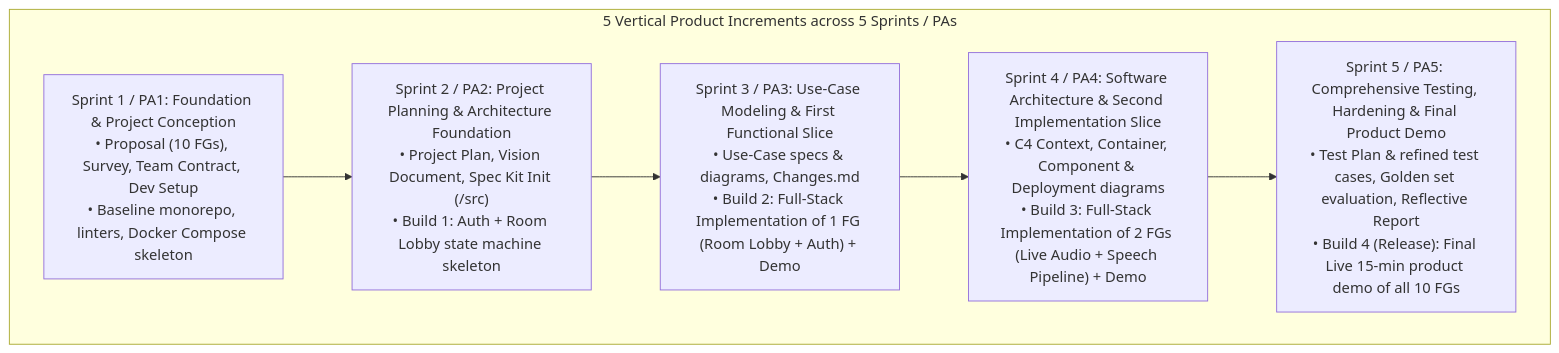
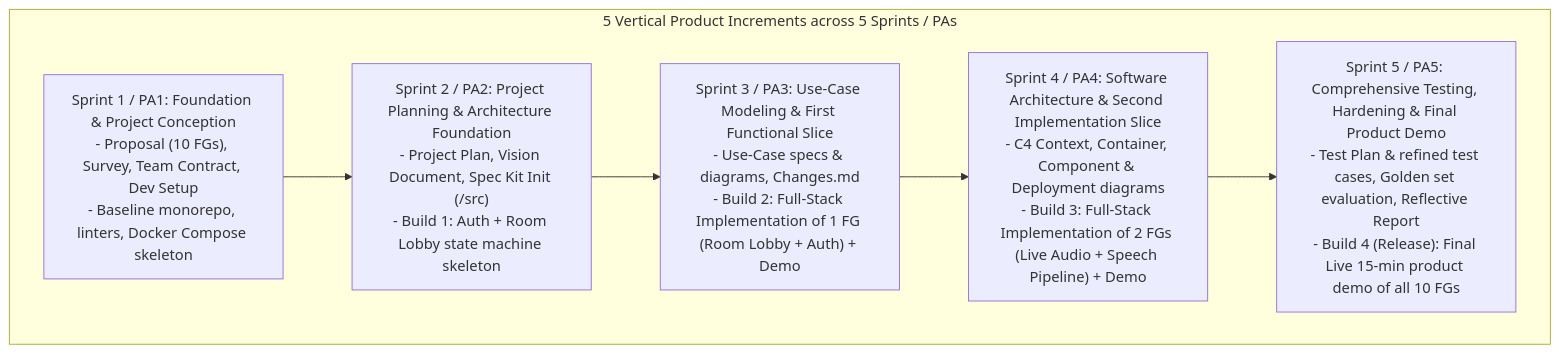
One commit to nguyendinhthienloc/DebateSpeak changed the first of 2 diagrams in docs/management/DEV_TOOLS_AND_PROCESS.md. Above: the diagram before and after it, drawn with Mermaid. The commit also changed other lines of this file and 41 other files, not shown here.

````diff
--- a/docs/management/DEV_TOOLS_AND_PROCESS.md
+++ b/docs/management/DEV_TOOLS_AND_PROCESS.md
@@ -15,11 +16,11 @@
 ```mermaid
 graph TD
-    subgraph Incremental Slices [5 Vertical Product Increments across 5 Sprints / PAs]
-        S1["Sprint 1 / PA1: Foundation & Project Conception<br/>• Proposal (10 FGs), Survey, Team Contract, Dev Setup<br/>• Baseline monorepo, linters, Docker Compose skeleton"]
-        S2["Sprint 2 / PA2: Project Planning & Architecture Foundation<br/>• Project Plan, Vision Document, Spec Kit Init (/src)<br/>• Build 1: Auth + Room Lobby state machine skeleton"]
-        S3["Sprint 3 / PA3: Use-Case Modeling & First Functional Slice<br/>• Use-Case specs & diagrams, Changes.md<br/>• Build 2: Full-Stack Implementation of 1 FG (Room Lobby + Auth) + Demo"]
-        S4["Sprint 4 / PA4: Software Architecture & Second Implementation Slice<br/>• C4 Context, Container, Component & Deployment diagrams<br/>• Build 3: Full-Stack Implementation of 2 FGs (Live Audio + Speech Pipeline) + Demo"]
-        S5["Sprint 5 / PA5: Comprehensive Testing, Hardening & Final Product Demo<br/>• Test Plan & refined test cases, Golden set evaluation, Reflective Report<br/>• Build 4 (Release): Final Live 15-min product demo of all 10 FGs"]
+    subgraph IncrementalSlices ["5 Vertical Product Increments across 5 Sprints / PAs"]
+        S1["Sprint 1 / PA1: Foundation & Project Conception<br/>- Proposal (10 FGs), Survey, Team Contract, Dev Setup<br/>- Baseline monorepo, linters, Docker Compose skeleton"]
+        S2["Sprint 2 / PA2: Project Planning & Architecture Foundation<br/>- Project Plan, Vision Document, Spec Kit Init (/src)<br/>- Build 1: Auth + Room Lobby state machine skeleton"]
+        S3["Sprint 3 / PA3: Use-Case Modeling & First Functional Slice<br/>- Use-Case specs & diagrams, Changes.md<br/>- Build 2: Full-Stack Implementation of 1 FG (Room Lobby + Auth) + Demo"]
+        S4["Sprint 4 / PA4: Software Architecture & Second Implementation Slice<br/>- C4 Context, Container, Component & Deployment diagrams<br/>- Build 3: Full-Stack Implementation of 2 FGs (Live Audio + Speech Pipeline) + Demo"]
+        S5["Sprint 5 / PA5: Comprehensive Testing, Hardening & Final Product Demo<br/>- Test Plan & refined test cases, Golden set evaluation, Reflective Report<br/>- Build 4 (Release): Final Live 15-min product demo of all 10 FGs"]
     end
     S1 --> S2 --> S3 --> S4 --> S5
 ```
````
